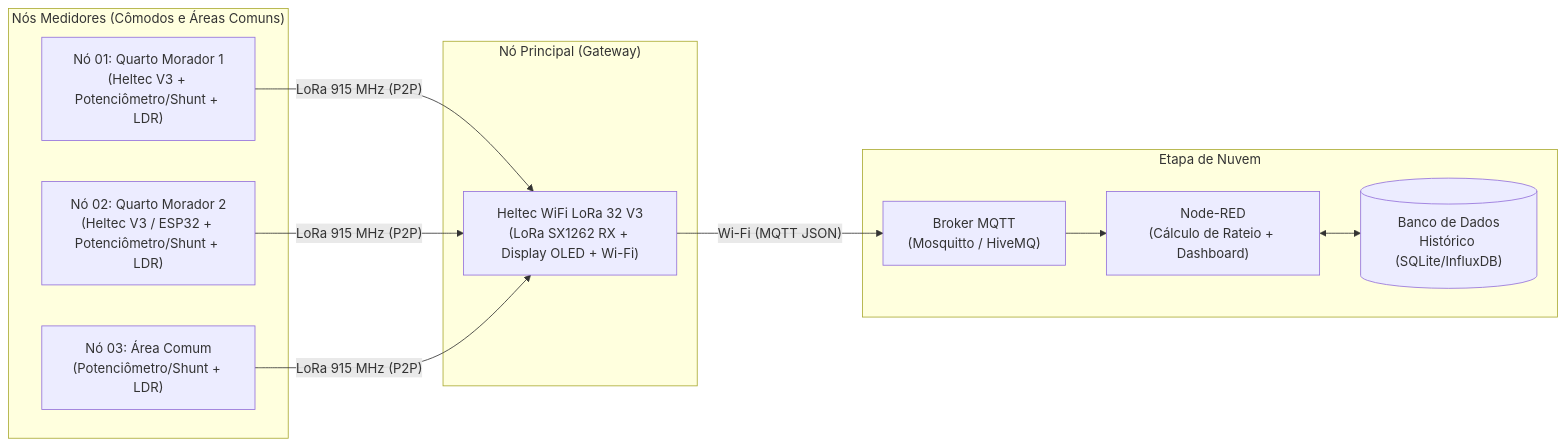
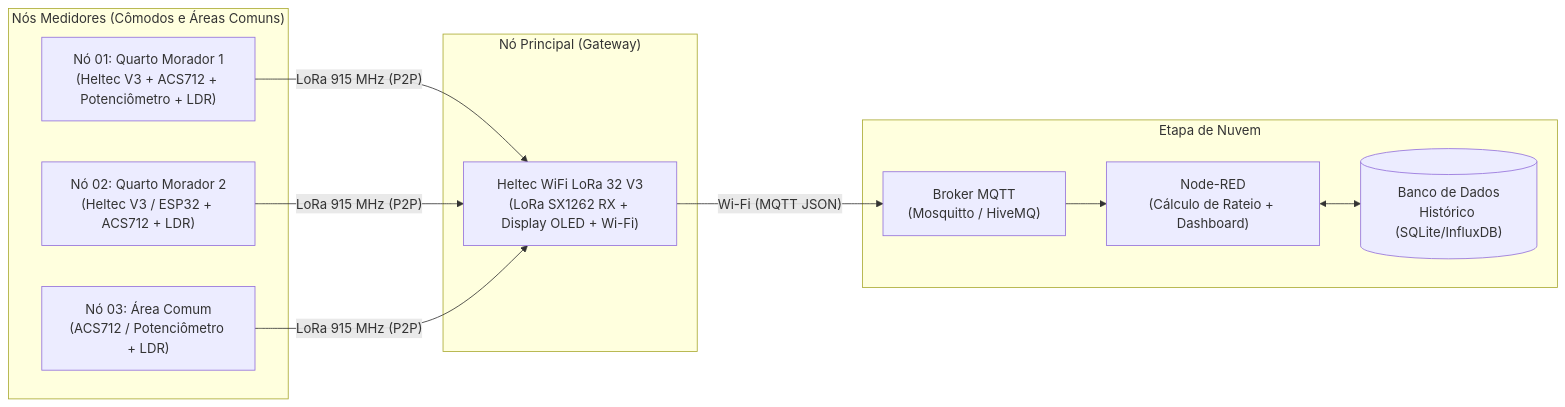
One commit to 5ocramK/ProjetoFinal_IoT changed the diagram in README.md. Above: the diagram before and after it, drawn with Mermaid. The commit also changed other lines of this file and 9 other files, not shown here.

````diff
--- a/README.md
+++ b/README.md
@@ -21,25 +21,25 @@
 ```mermaid
 flowchart LR
     subgraph Comodos["Nós Medidores (Cômodos e Áreas Comuns)"]
-        N1["Nó 01: Quarto Morador 1<br/>(Heltec V3 + Potenciômetro/Shunt + LDR)"]
-        N2["Nó 02: Quarto Morador 2<br/>(Heltec V3 / ESP32 + Potenciômetro/Shunt + LDR)"]
-        N3["Nó 03: Área Comum<br/>(Potenciômetro/Shunt + LDR)"]
+        N1["Nó 01: Quarto Morador 1<br/>(Heltec V3 + ACS712 + Potenciômetro + LDR)"]
+        N2["Nó 02: Quarto Morador 2<br/>(Heltec V3 / ESP32 + ACS712 + LDR)"]
+        N3["Nó 03: Área Comum<br/>(ACS712 / Potenciômetro + LDR)"]
     end
 
     subgraph Concentrador["Nó Principal (Gateway)"]
         GW["Heltec WiFi LoRa 32 V3<br/>(LoRa SX1262 RX + Display OLED + Wi-Fi)"]
     end
 
     subgraph Nuvem["Etapa de Nuvem"]
         MQTT["Broker MQTT<br/>(Mosquitto / HiveMQ)"]
         NR["Node-RED<br/>(Cálculo de Rateio + Dashboard)"]
         DB[("Banco de Dados<br/>Histórico (SQLite/InfluxDB)")]
     end
 
     N1 -- "LoRa 915 MHz (P2P)" --> GW
     N2 -- "LoRa 915 MHz (P2P)" --> GW
     N3 -- "LoRa 915 MHz (P2P)" --> GW
     GW -- "Wi-Fi (MQTT JSON)" --> MQTT
     MQTT --> NR
     NR <--> DB
 ```
````
